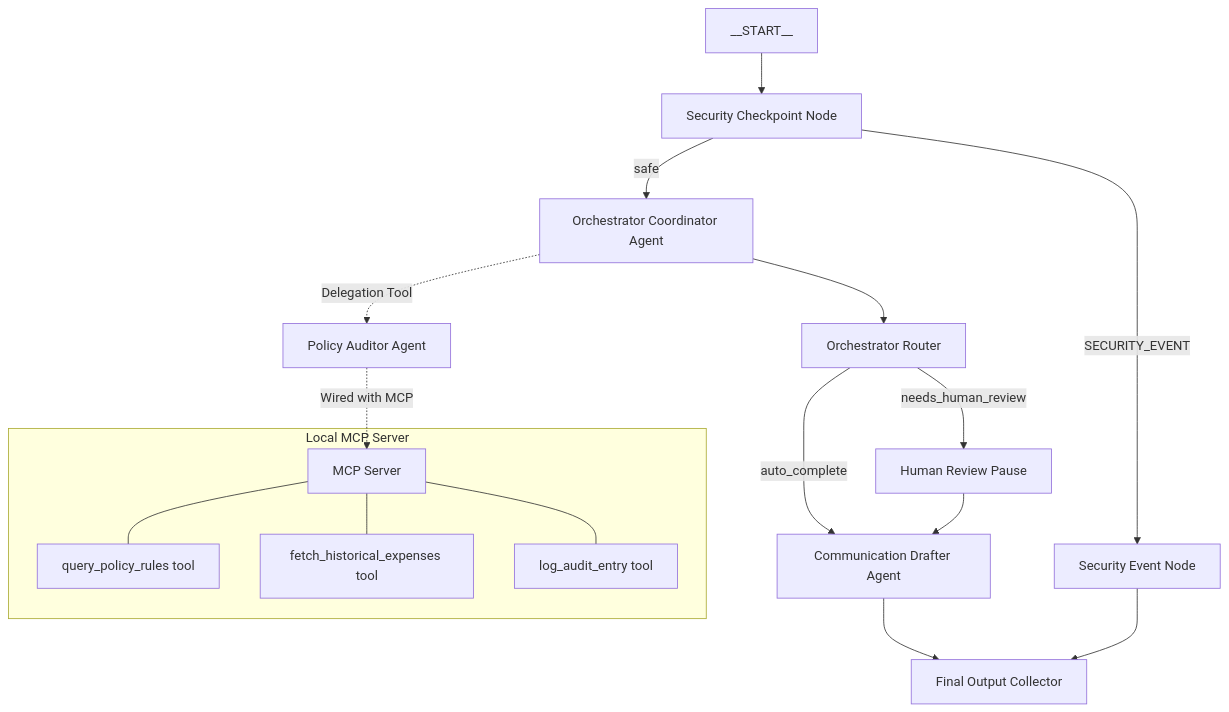
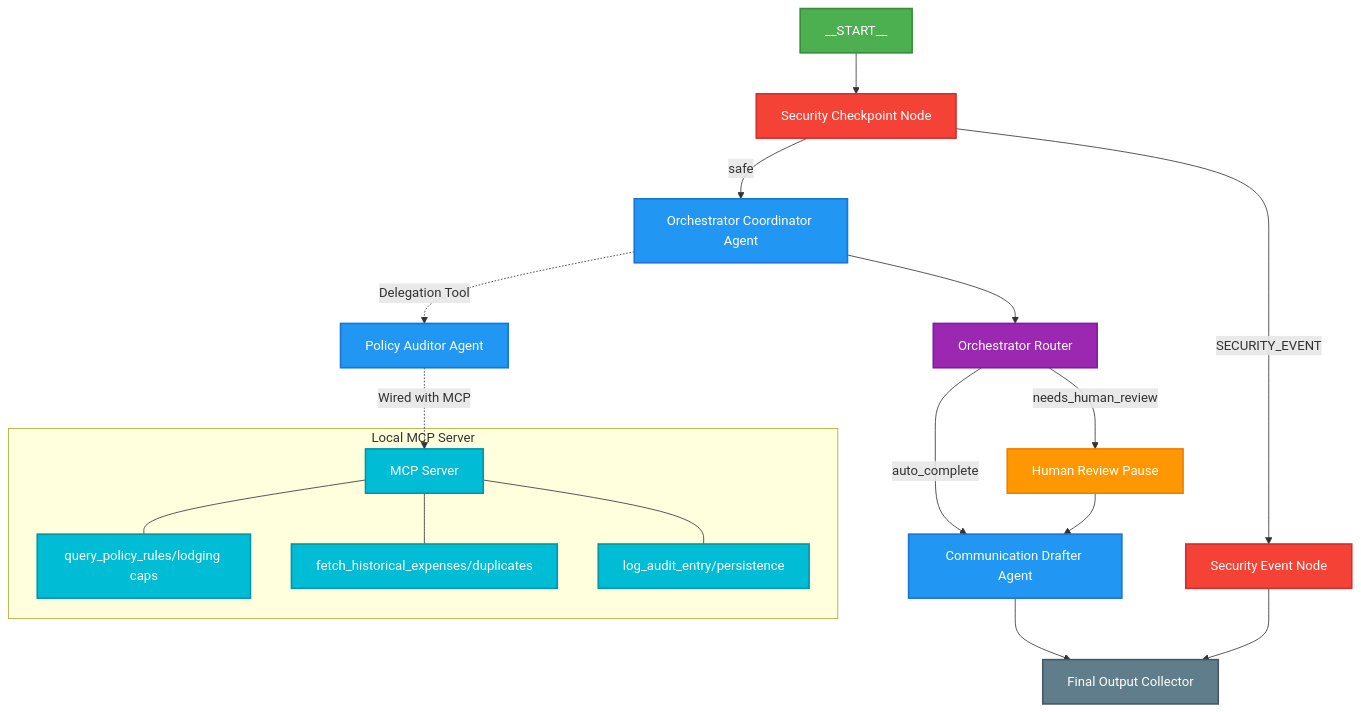
One commit to harsh-guptadev/expense-auditor changed the diagram in README.md. Above: the diagram before and after it, drawn with Mermaid. The commit also changed other lines of this file and 2 other files, not shown here.

Commit message:
Update visual assets: replace banner with high-quality generation, remove old diagram, colorize Mermaid

````diff
--- a/README.md
+++ b/README.md
@@ -27,25 +27,41 @@
 ```mermaid
 graph TD
     START[__START__] --> Security[Security Checkpoint Node]
     Security -->|safe| Orch[Orchestrator Coordinator Agent]
     Security -->|SECURITY_EVENT| SecEvent[Security Event Node]
     
     Orch --> Router[Orchestrator Router]
     
     Router -->|auto_complete| Drafter[Communication Drafter Agent]
     Router -->|needs_human_review| HITL[Human Review Pause]
     
     HITL --> Drafter
     
     Drafter --> Final[Final Output Collector]
     SecEvent --> Final
     
     subgraph Local MCP Server
-        MCP[MCP Server] --- query_policy_rules[query_policy_rules tool]
-        MCP --- fetch_historical_expenses[fetch_historical_expenses tool]
-        MCP --- log_audit_entry[log_audit_entry tool]
+        MCP[MCP Server] --- query_policy_rules[query_policy_rules/lodging caps]
+        MCP --- fetch_historical_expenses[fetch_historical_expenses/duplicates]
+        MCP --- log_audit_entry[log_audit_entry/persistence]
     end
     
     policy_auditor[Policy Auditor Agent] -.->|Wired with MCP| MCP
     Orch -.->|Delegation Tool| policy_auditor
+
+    classDef startStyle fill:#4CAF50,stroke:#388E3C,stroke-width:2px,color:#fff;
+    classDef securityStyle fill:#F44336,stroke:#D32F2F,stroke-width:2px,color:#fff;
+    classDef agentStyle fill:#2196F3,stroke:#1976D2,stroke-width:2px,color:#fff;
+    classDef routerStyle fill:#9C27B0,stroke:#7B1FA2,stroke-width:2px,color:#fff;
+    classDef hitlStyle fill:#FF9800,stroke:#F57C00,stroke-width:2px,color:#fff;
+    classDef mcpStyle fill:#00BCD4,stroke:#0097A7,stroke-width:2px,color:#fff;
+    classDef finalStyle fill:#607D8B,stroke:#455A64,stroke-width:2px,color:#fff;
+
+    class START startStyle;
+    class Security,SecEvent securityStyle;
+    class Orch,policy_auditor,Drafter agentStyle;
+    class Router routerStyle;
+    class HITL hitlStyle;
+    class MCP,query_policy_rules,fetch_historical_expenses,log_audit_entry mcpStyle;
+    class Final finalStyle;
 ```
````
